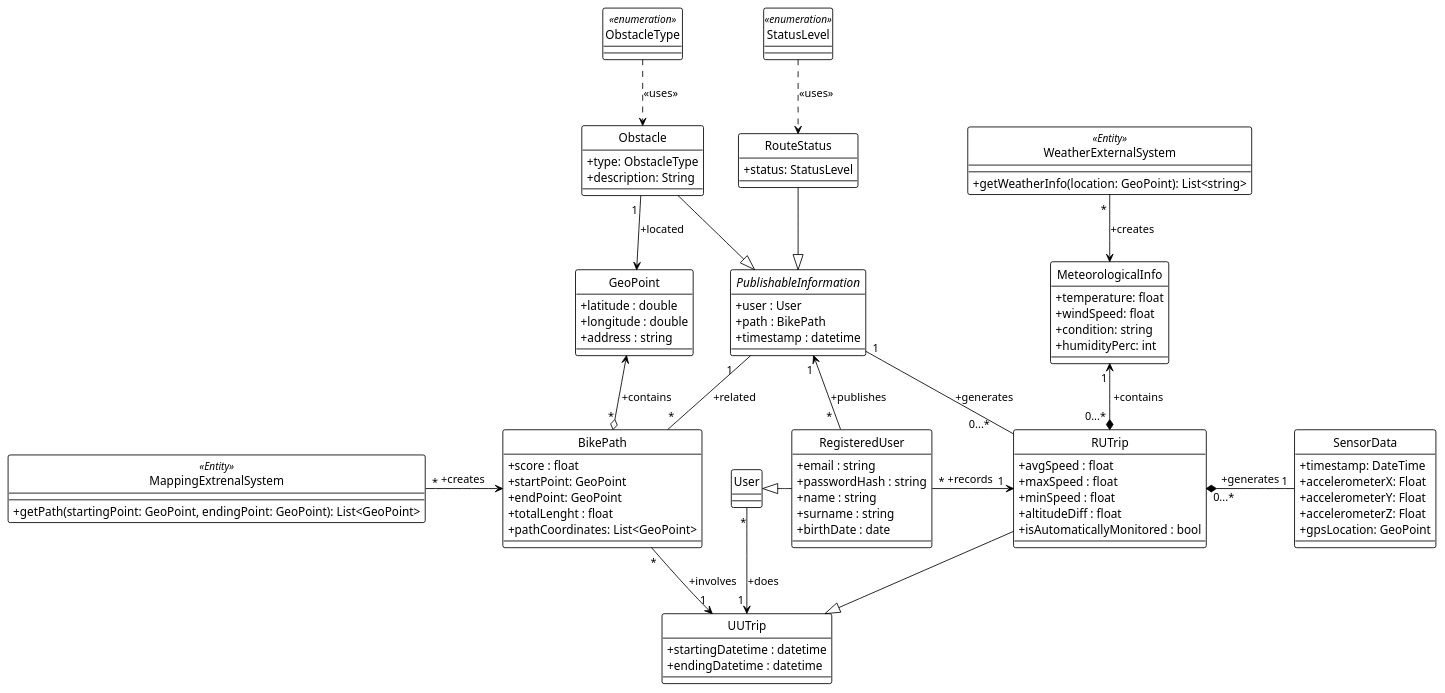
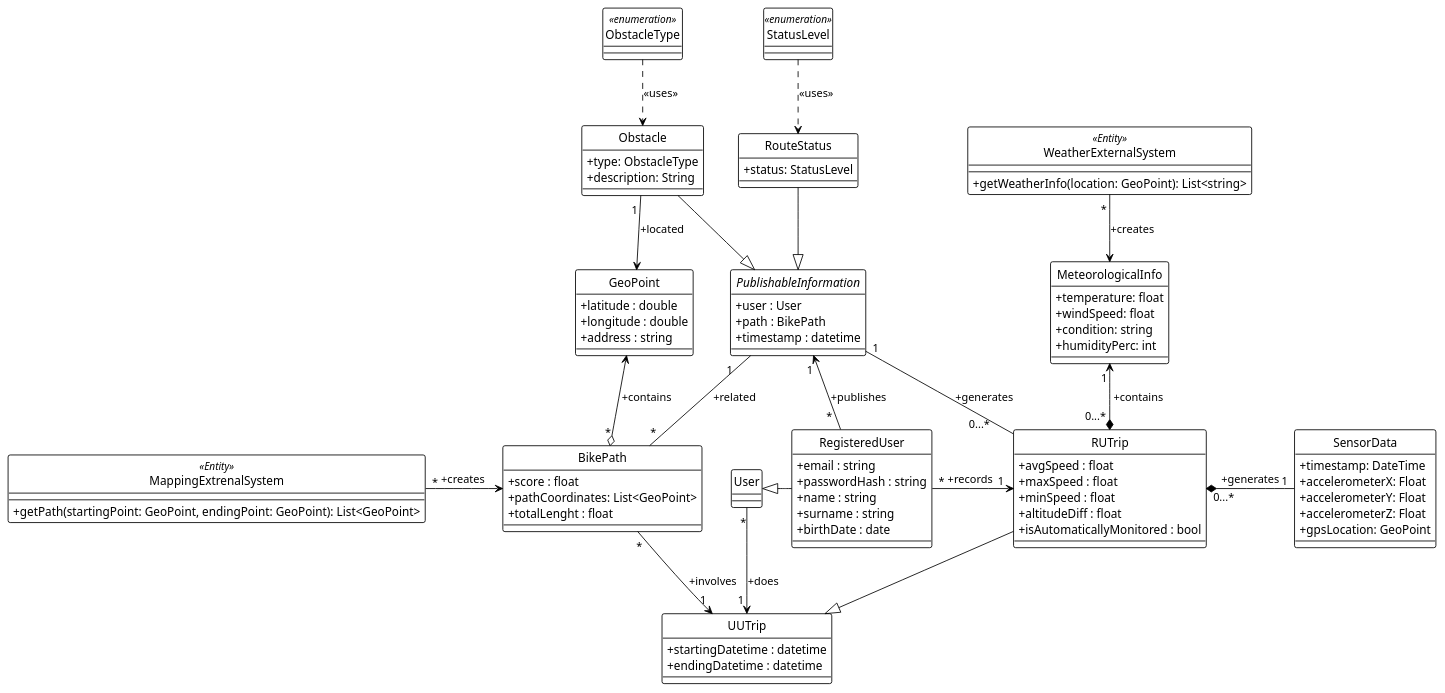
The diagram in diagrams/class_diagram.puml (Guflie/PoliMi-SWE2-RDD-project), drawn with PlantUML before and after one commit. The commit also changed 1 other file, not shown here.

Commit message:
[RASD] Update Domain Class Diagram

```diff
--- a/diagrams/class_diagram.puml
+++ b/diagrams/class_diagram.puml
@@ -1,130 +1,128 @@
 @startuml domain_class_diagram
 !theme plain
 
 ' switch to std UML notation for visibility
 skinparam classAttributeIconSize 0
 
 
 hide circle
 
 ' --- Abstract Class ---
 abstract class "PublishableInformation" as pi {
 + user : User
 + path : BikePath
 + timestamp : datetime 
 }
 
 ' --- Enumerations ---
 ' I dont' know if giving this effort on classifyng the cases is woth or not
 enum "ObstacleType" as ot << enumeration >> { }
 
 ' Same thing as before
 enum "StatusLevel" as sl << enumeration >> { }
 
 ' --- Classes ---
 class "GeoPoint" as gp {
 + latitude : double
 + longitude : double
 + address : string
 }
 
 class "User" as u { }
 
 class "RegisteredUser" as ru {
 + email : string
 + passwordHash : string
 + name : string
 + surname : string
 + birthDate : date
 }
 
 class "RUTrip" as rut {
 + avgSpeed : float
 + maxSpeed : float
 + minSpeed : float
 + altitudeDiff : float
 + isAutomaticallyMonitored : bool
 }
 
 class "UUTrip" as ut {
 + startingDatetime : datetime
 + endingDatetime : datetime
 }
 
 class "MeteorologicalInfo" as mi {
 + temperature: float 
 + windSpeed: float
 + condition: string
 + humidityPerc: int
 }
 
 class "SensorData" as sd {
 + timestamp: DateTime
 + accelerometerX: Float
 + accelerometerY: Float
 + accelerometerZ: Float
 + gpsLocation: GeoPoint
 }
 
 class "BikePath" as bp {
 + score : float
-+ startPoint: GeoPoint
-+ endPoint: GeoPoint
++ pathCoordinates: List<GeoPoint>
 + totalLenght : float
-+ pathCoordinates: List<GeoPoint>
 }
 
 class "Obstacle" as o {
 + type: ObstacleType
 + description: String
 }
 
 class "RouteStatus" as rs {
 + status: StatusLevel
 }
 
 entity "MappingExtrenalSystem" as ms << Entity >>{
 + getPath(startingPoint: GeoPoint, endingPoint: GeoPoint): List<GeoPoint>
 }
 
 entity "WeatherExternalSystem" as ws << Entity >> {
 + getWeatherInfo(location: GeoPoint): List<string>
 }
 
 ' --- Relationships ---
 ' Following relationships are listed in this way in order to make the diagram clearer
 
 ms "*" ->  bp : "+creates "
 
 
 bp "*" --> " 1" ut : "+involves "
 
 rut --|> ut
 
 u "*" --> "1 " ut : "+does"
 
 ru "*" -> "1 " rut : "+records  "
 
 u <|- ru
 
 pi "1    " -- "*" bp : "+related"
 
 pi "1" -- "0...*      " rut : "+generates"
 
 gp <--o "*" bp : "+contains"
 
 rs --|> pi
 o --|> pi
 
 sl ..> rs : <<uses>>
 ot ..> o : <<uses>>
 
 o "1 " --> gp : "+located"
 
 pi "1 " <-- " *  " ru : "+publishes"
 
 mi "1 " <--* "0...* " rut : " +contains"
 ws " * " --> mi : "+creates"
 rut "0...*" *- "  1" sd : "+generates"
 
 @enduml
```
